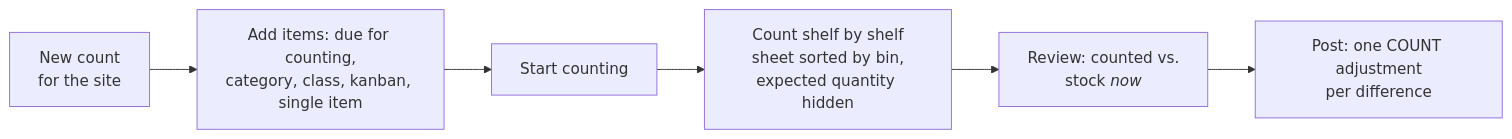
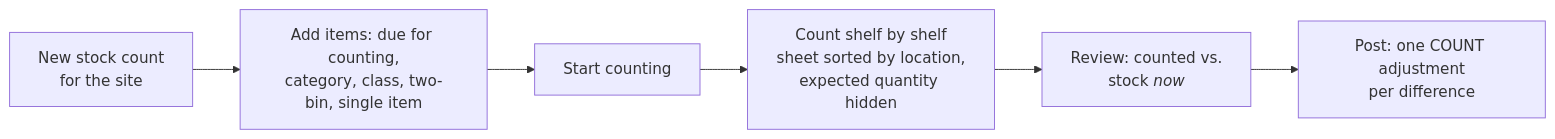
One commit to Byld-research/ims changed the fifth of 6 diagrams in README.md. Above: the diagram before and after it, drawn with Mermaid. The commit also changed other lines of this file and 54 other files, not shown here.

First line of the commit message:
Rename Stock menu items to plain inventory terms

````diff
--- a/README.md
+++ b/README.md
@@ -158,8 +158,8 @@
 ```mermaid
 flowchart LR
-    A[New count<br/>for the site] --> B[Add items: due for counting,<br/>category, class, kanban, single item]
+    A[New stock count<br/>for the site] --> B[Add items: due for counting,<br/>category, class, two-bin, single item]
     B --> C[Start counting]
-    C --> D[Count shelf by shelf<br/>sheet sorted by bin,<br/>expected quantity hidden]
+    C --> D[Count shelf by shelf<br/>sheet sorted by location,<br/>expected quantity hidden]
     D --> E[Review: counted vs.<br/>stock <i>now</i>]
     E --> F[Post: one COUNT adjustment<br/>per difference]
 ```
````
